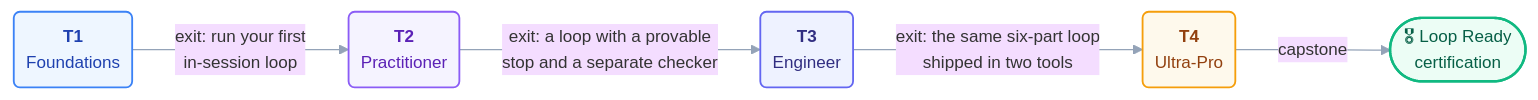
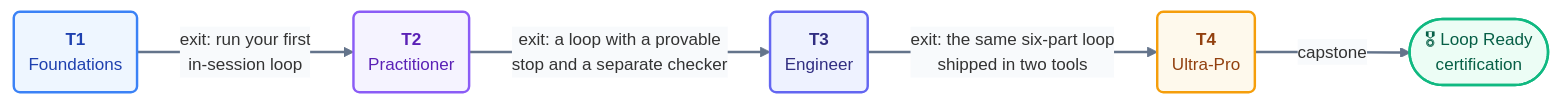
One commit to ayeshakhalid192007-dev/LoopEngineering-CrashCourse changed the diagram in docs/00-start-here/learning-tracks.md. Above: the diagram before and after it, drawn with Mermaid. The commit also changed 66 other files, not shown here.

First line of the commit message:
docs(diagrams): bolden and unify all 70 mermaid diagrams

````diff
--- a/docs/00-start-here/learning-tracks.md
+++ b/docs/00-start-here/learning-tracks.md
@@ -21,13 +21,14 @@
 ```mermaid
-%%{init: {'theme':'base','themeVariables':{'fontFamily':'ui-sans-serif, system-ui, sans-serif','fontSize':'14px','lineColor':'#94a3b8'},'flowchart':{'curve':'basis','nodeSpacing':40,'rankSpacing':70,'padding':10}}}%%
+%%{init: {'theme':'base','themeVariables':{'fontFamily':'ui-sans-serif, system-ui, sans-serif','fontSize':'14px','lineColor':'#64748b','edgeLabelBackground':'#f8fafc'},'flowchart':{'curve':'basis','nodeSpacing':45,'rankSpacing':70,'padding':12}}}%%
 flowchart LR
     T1("<b>T1</b><br/>Foundations"):::t1 -->|"exit: run your first<br/>in-session loop"| T2("<b>T2</b><br/>Practitioner"):::t2
     T2 -->|"exit: a loop with a provable<br/>stop and a separate checker"| T3("<b>T3</b><br/>Engineer"):::t3
     T3 -->|"exit: the same six-part loop<br/>shipped in two tools"| T4("<b>T4</b><br/>Ultra-Pro"):::t4
     T4 -->|capstone| C(["🎖 Loop Ready<br/>certification"]):::cert
-    classDef t1 fill:#eef6ff,stroke:#3b82f6,stroke-width:1.5px,color:#1e40af;
-    classDef t2 fill:#f5f3ff,stroke:#8b5cf6,stroke-width:1.5px,color:#5b21b6;
-    classDef t3 fill:#eef2ff,stroke:#6366f1,stroke-width:1.5px,color:#312e81;
-    classDef t4 fill:#fef9ec,stroke:#f59e0b,stroke-width:1.5px,color:#92400e;
+    linkStyle default stroke:#64748b,stroke-width:2px;
+    classDef t1 fill:#eef6ff,stroke:#3b82f6,stroke-width:2px,color:#1e40af;
+    classDef t2 fill:#f5f3ff,stroke:#8b5cf6,stroke-width:2px,color:#5b21b6;
+    classDef t3 fill:#eef2ff,stroke:#6366f1,stroke-width:2px,color:#312e81;
+    classDef t4 fill:#fef9ec,stroke:#f59e0b,stroke-width:2px,color:#92400e;
     classDef cert fill:#ecfdf5,stroke:#10b981,stroke-width:2px,color:#065f46;
 ```
````
